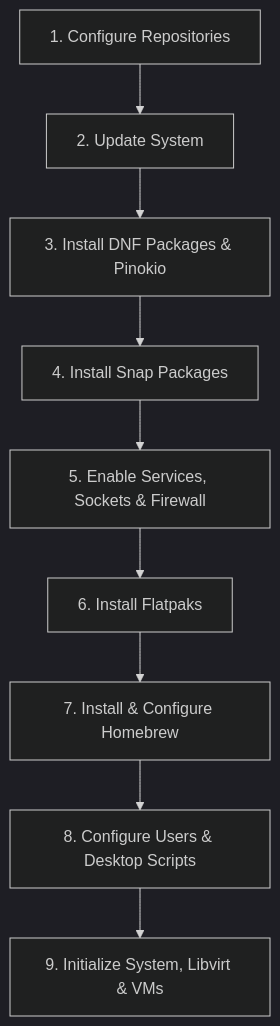
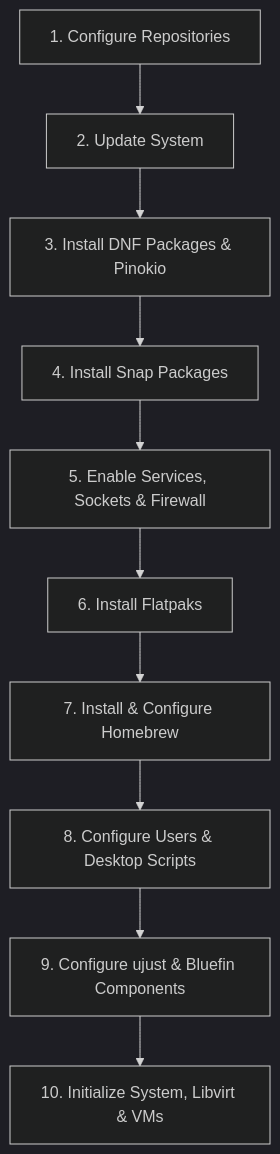
Before and after one commit to AIJosue/Ansible-Playbook-Fedora-Workstation: the diagram in README.md, drawn with Mermaid (dark theme). The commit also changed other lines of this file and 20 other files, not shown here.

````diff
--- a/README.md
+++ b/README.md
@@ -63,11 +63,12 @@
 ```mermaid
 flowchart TD
     A["1. Configure Repositories"] --> B["2. Update System"]
     B --> C["3. Install DNF Packages & Pinokio"]
     C --> D["4. Install Snap Packages"]
     D --> E["5. Enable Services, Sockets & Firewall"]
     E --> F["6. Install Flatpaks"]
     F --> G["7. Install & Configure Homebrew"]
     G --> H["8. Configure Users & Desktop Scripts"]
-    H --> I["9. Initialize System, Libvirt & VMs"]
+    H --> I["9. Configure ujust & Bluefin Components"]
+    I --> J["10. Initialize System, Libvirt & VMs"]
 ```
````
